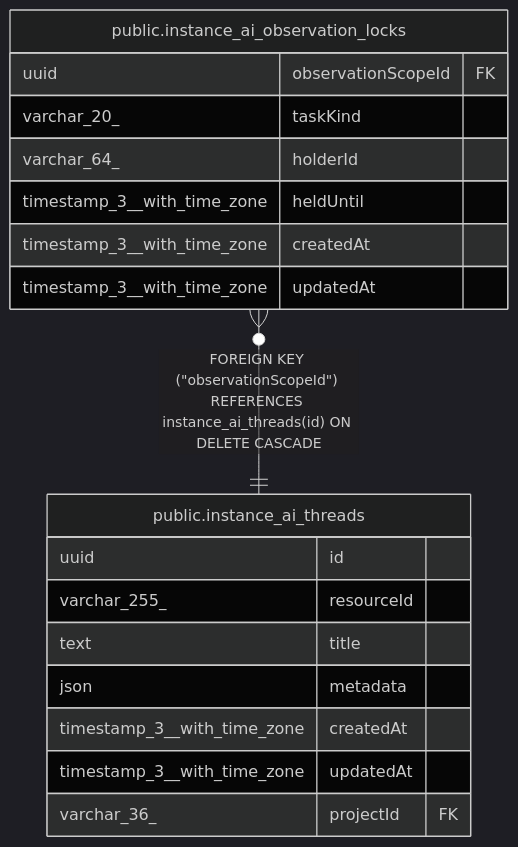
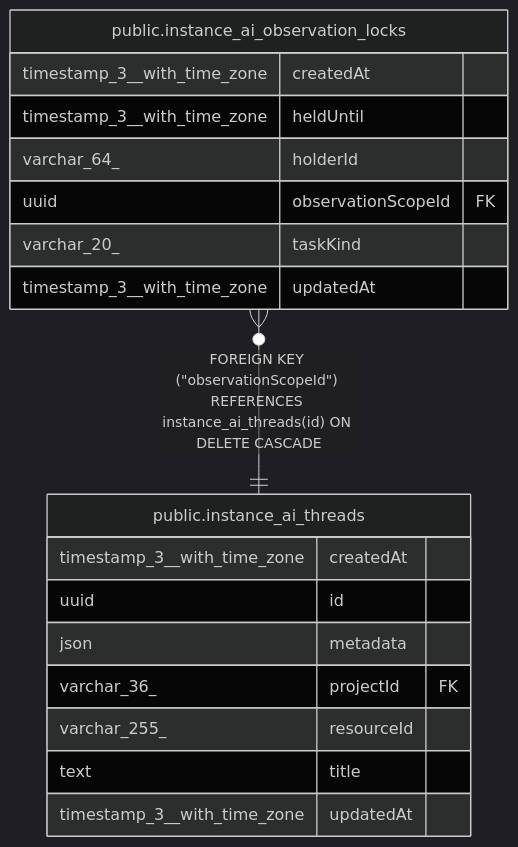
One commit to mayankjain1815-commits/n8n changed the diagram in docs/generated/postgres-schema/public.instance_ai_observation_locks.md. Above: the diagram before and after it, drawn with Mermaid (dark theme). The commit also changed other lines of this file and 221 other files, not shown here.

Commit message:
chore(core): Make DB schema docs generation deterministic (#32373)

````diff
--- a/docs/generated/postgres-schema/public.instance_ai_observation_locks.md
+++ b/docs/generated/postgres-schema/public.instance_ai_observation_locks.md
@@ -36,23 +36,23 @@
 ```mermaid
 erDiagram
 
 "public.instance_ai_observation_locks" }o--|| "public.instance_ai_threads" : "FOREIGN KEY (#quot;observationScopeId#quot;) REFERENCES instance_ai_threads(id) ON DELETE CASCADE"
 
 "public.instance_ai_observation_locks" {
+  timestamp_3__with_time_zone createdAt
+  timestamp_3__with_time_zone heldUntil
+  varchar_64_ holderId
   uuid observationScopeId FK
   varchar_20_ taskKind
-  varchar_64_ holderId
-  timestamp_3__with_time_zone heldUntil
-  timestamp_3__with_time_zone createdAt
   timestamp_3__with_time_zone updatedAt
 }
 "public.instance_ai_threads" {
+  timestamp_3__with_time_zone createdAt
   uuid id
+  json metadata
+  varchar_36_ projectId FK
   varchar_255_ resourceId
   text title
-  json metadata
-  timestamp_3__with_time_zone createdAt
   timestamp_3__with_time_zone updatedAt
-  varchar_36_ projectId FK
 }
 ```
````
